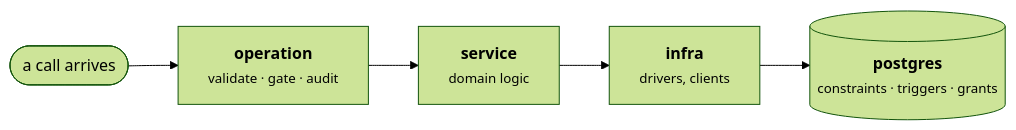
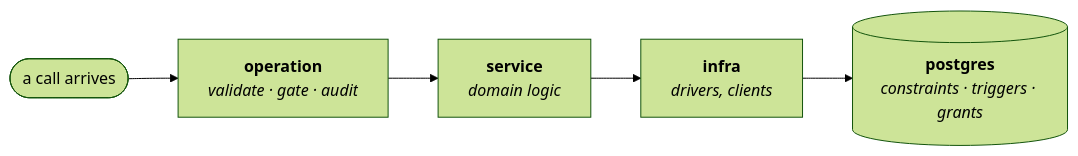
The second of 2 diagrams in docs/specification/architecture/10-code-structure.md (VoltLightning/waltning), drawn with Mermaid (forest theme) before and after one commit. The commit also changed other lines of this file and 15 other files, not shown here.

````diff
--- a/docs/specification/architecture/10-code-structure.md
+++ b/docs/specification/architecture/10-code-structure.md
@@ -81,7 +81,7 @@
 ```mermaid
 graph LR
-    IN(["a call arrives"]) --> OP["<b>operation</b><br/><small>validate · gate · audit</small>"]
-    OP --> SVC["<b>service</b><br/><small>domain logic</small>"]
-    SVC --> INFRA["<b>infra</b><br/><small>drivers, clients</small>"]
-    INFRA --> PG[("<b>postgres</b><br/><small>constraints · triggers · grants</small>")]
+    IN(["a call arrives"]) --> OP["<b>operation</b><br/><i>validate · gate · audit</i>"]
+    OP --> SVC["<b>service</b><br/><i>domain logic</i>"]
+    SVC --> INFRA["<b>infra</b><br/><i>drivers, clients</i>"]
+    INFRA --> PG[("<b>postgres</b><br/><i>constraints · triggers · grants</i>")]
 ```
````
